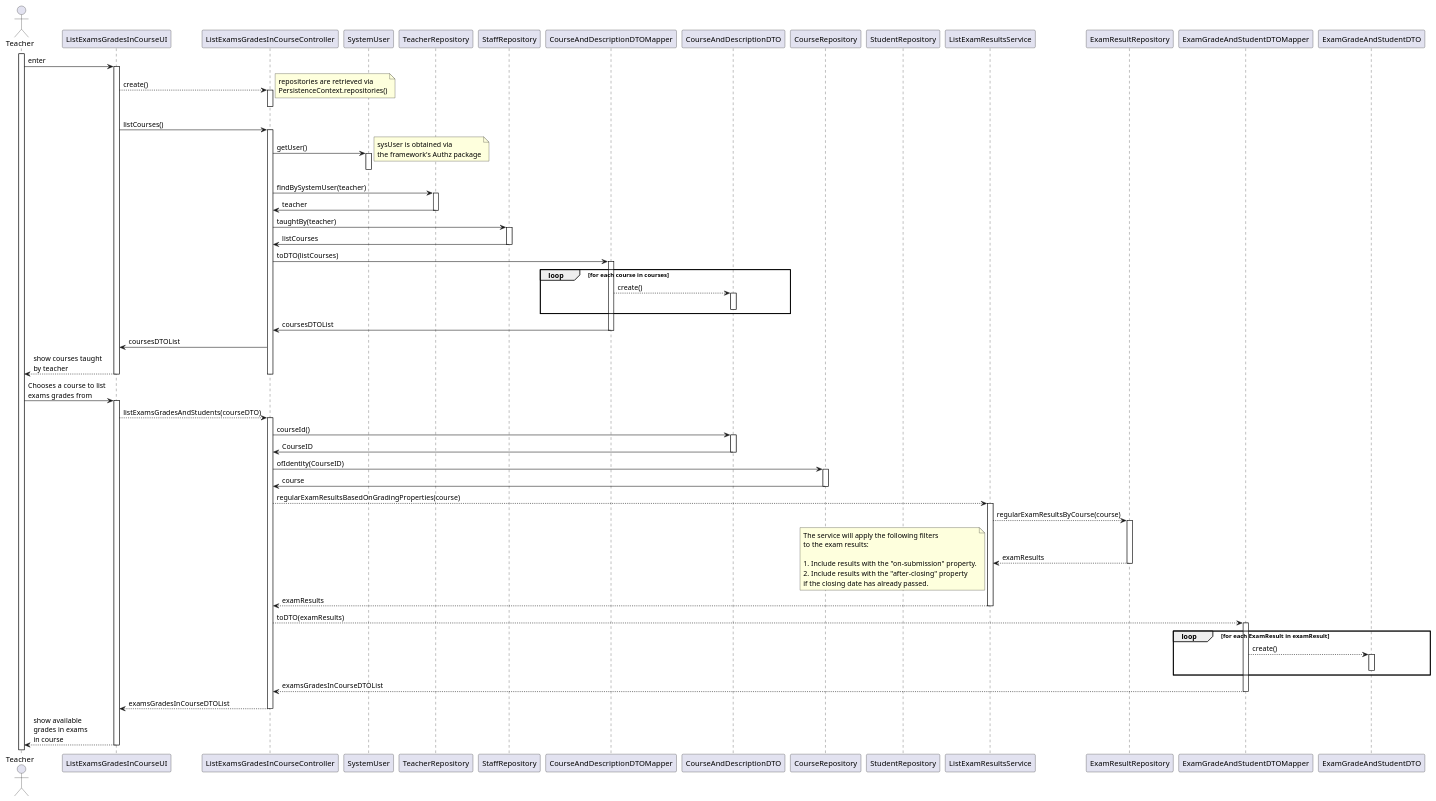
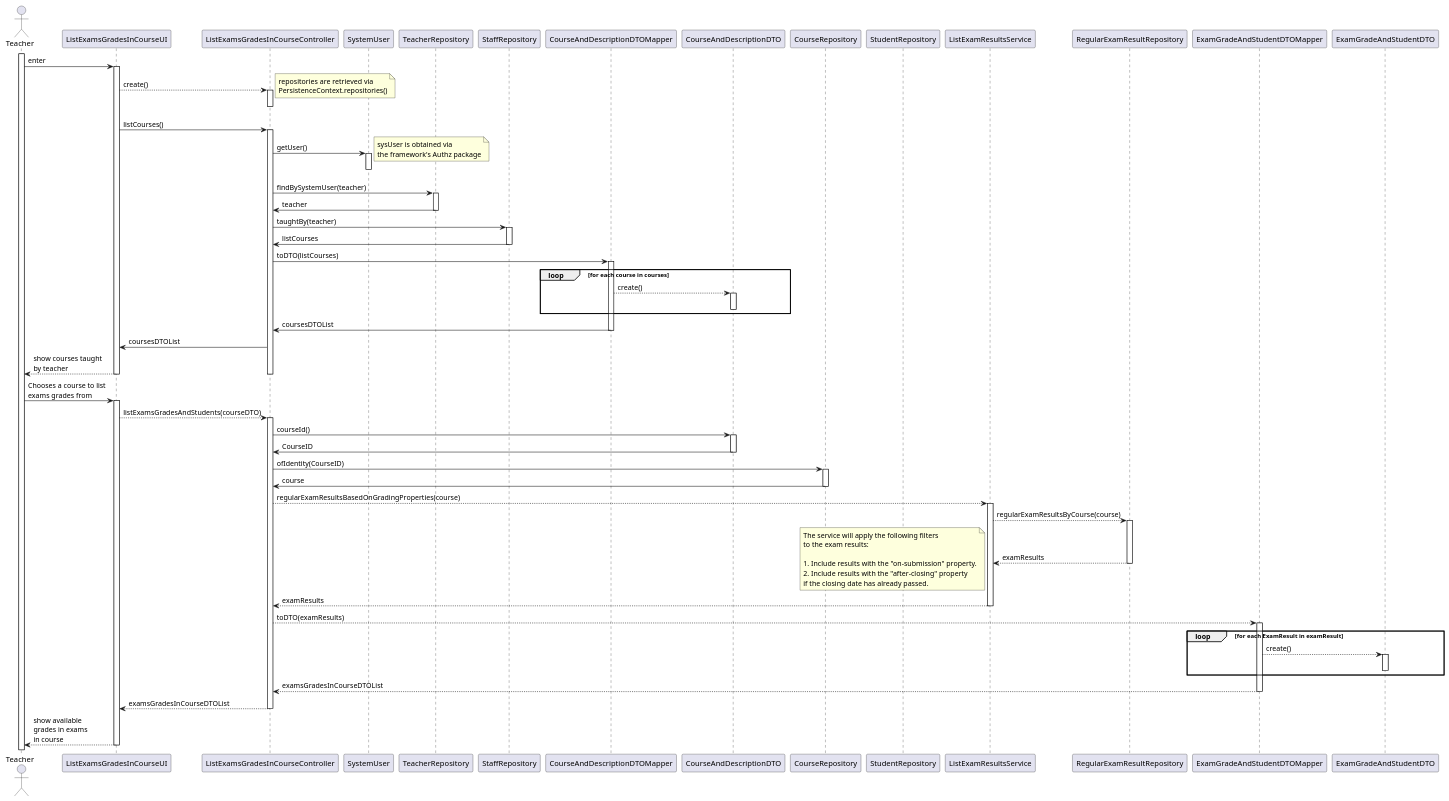
One commit to jovami/isep-lapr4 changed the diagram in docs/us_2006/sd.puml. Above: the diagram before and after it, drawn with PlantUML. The commit also changed 2 other files, not shown here.

```diff
--- a/docs/us_2006/sd.puml
+++ b/docs/us_2006/sd.puml
@@ -1,113 +1,113 @@
 @startuml
 actor Teacher as user
 participant ListExamsGradesInCourseUI as ui
 participant ListExamsGradesInCourseController as ctrl
 
 
 participant SystemUser as sys_usr
 
 participant TeacherRepository as t_repo
 participant StaffRepository as st_repo
 
 participant CourseAndDescriptionDTOMapper as course_mapper
 participant CourseAndDescriptionDTO as course_dto
 
 participant CourseRepository as c_repo
 
 participant StudentRepository as s_repo
 participant ListExamResultsService as svc
-participant ExamResultRepository as e_repo
+participant RegularExamResultRepository as e_repo
 
 participant ExamGradeAndStudentDTOMapper as mapper
 participant ExamGradeAndStudentDTO as dto
 
 activate user
 user -> ui : enter
 activate ui
     ui --> ctrl : create()
     activate ctrl
         note right : repositories are retrieved via\nPersistenceContext.repositories()
     deactivate ctrl
 
     ui -> ctrl : listCourses()
     activate ctrl
         ctrl -> sys_usr : getUser()
         activate sys_usr
             note right : sysUser is obtained via\nthe framework's Authz package
         deactivate sys_usr
 
         ctrl -> t_repo : findBySystemUser(teacher)
         activate t_repo
             t_repo -> ctrl : teacher
         deactivate t_repo
 
         ctrl -> st_repo : taughtBy(teacher)
         activate st_repo
             st_repo -> ctrl: listCourses
         deactivate st_repo
 
     ctrl -> course_mapper : toDTO(listCourses)
     activate course_mapper
         loop for each course in courses
                         course_mapper --> course_dto: create()
                         activate course_dto
                         deactivate course_dto
         end loop
         course_mapper -> ctrl: coursesDTOList
     deactivate course_mapper
 
     ctrl -> ui : coursesDTOList
     ui --> user: show courses taught \nby teacher
 
     deactivate ctrl
 
 deactivate ui
 
 user -> ui :Chooses a course to list \nexams grades from
 activate ui
 
 
     ui --> ctrl : listExamsGradesAndStudents(courseDTO)
     activate ctrl
 
         ctrl -> course_dto : courseId()
         activate course_dto
             course_dto -> ctrl: CourseID
         deactivate course_dto
 
         ctrl -> c_repo : ofIdentity(CourseID)
         activate c_repo
                 c_repo -> ctrl: course
         deactivate c_repo
 
 
 
 
         ctrl --> svc : regularExamResultsBasedOnGradingProperties(course)
         activate svc
             svc --> e_repo : regularExamResultsByCourse(course)
             activate e_repo
                 e_repo --> svc : examResults
             deactivate e_repo
 
             note bottom: The service will apply the following filters \nto the exam results:\n\n1. Include results with the "on-submission" property.\n2. Include results with the "after-closing" property \nif the closing date has already passed.
             svc --> ctrl : examResults
         deactivate svc
 
         ctrl --> mapper: toDTO(examResults)
         activate mapper
             loop for each ExamResult in examResult
                 mapper --> dto: create()
                 activate dto
                 deactivate dto
             end loop
             mapper --> ctrl: examsGradesInCourseDTOList
         deactivate mapper
 
         ctrl --> ui : examsGradesInCourseDTOList
     deactivate ctrl
 
     ui --> user : show available \ngrades in exams \nin course
 deactivate ui
 
 @enduml
```
